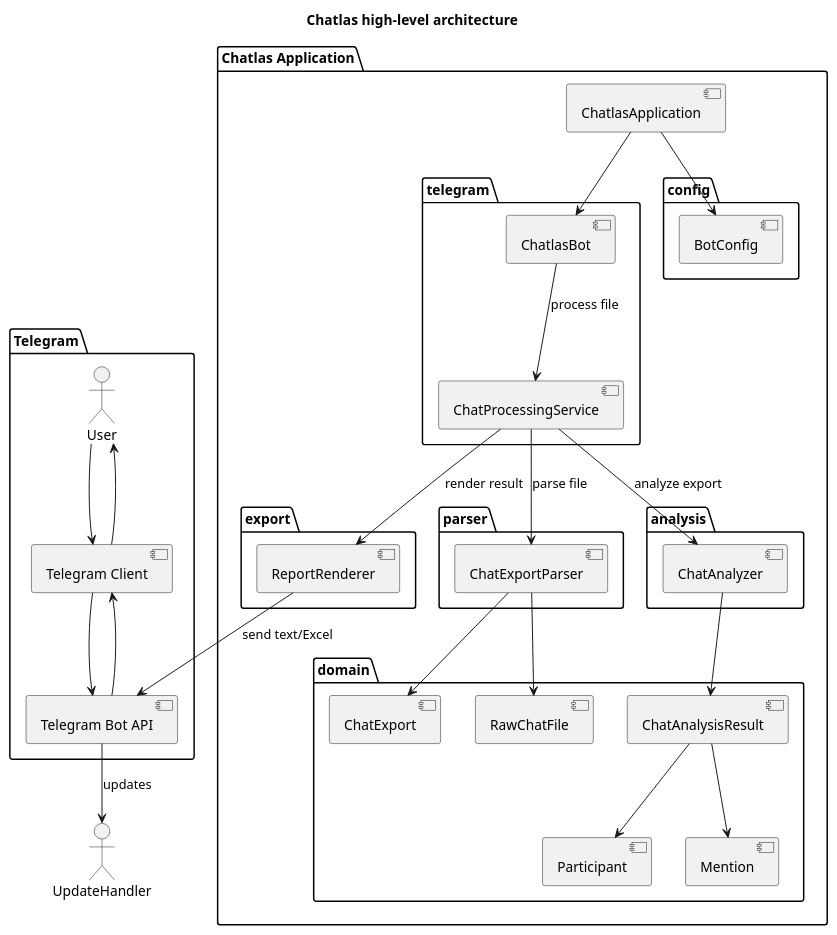
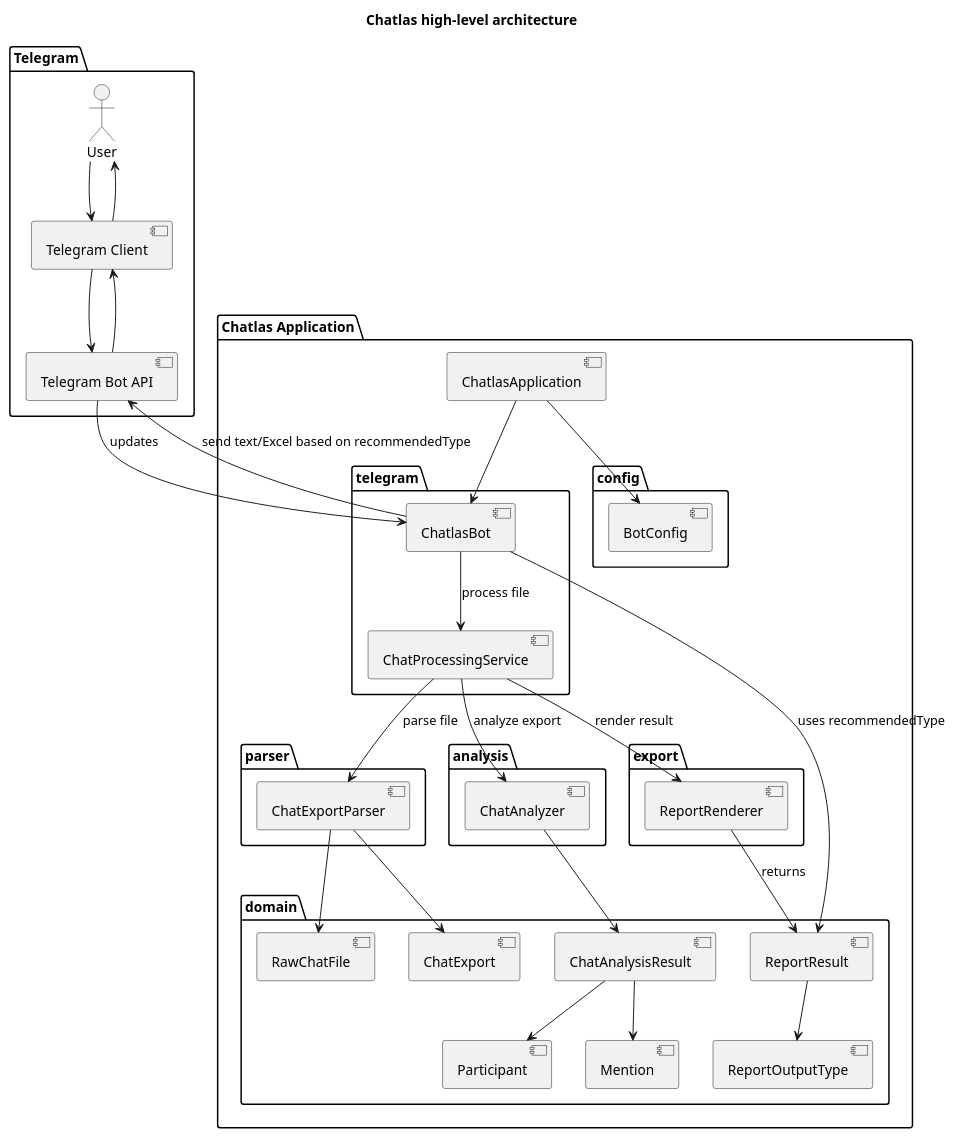
One commit to vspochernin/chatlas changed the diagram in docs/diagrams/architecture.puml. Above: the diagram before and after it, drawn with PlantUML. The commit also changed 5 other files, not shown here.

```diff
--- a/docs/diagrams/architecture.puml
+++ b/docs/diagrams/architecture.puml
@@ -1,66 +1,71 @@
 @startuml chatlas_architecture
 title Chatlas high-level architecture
 
 package "Telegram" {
   actor "User" as User
   [Telegram Client] as TgClient
   [Telegram Bot API] as TgAPI
 }
 
 package "Chatlas Application" {
   [ChatlasApplication] as App
 
   package "telegram" {
     [ChatlasBot] as Bot
     [ChatProcessingService] as ProcessingService
   }
 
   package "parser" {
     [ChatExportParser] as Parser
   }
 
   package "analysis" {
     [ChatAnalyzer] as Analyzer
   }
 
   package "export" {
     [ReportRenderer] as Renderer
   }
 
   package "domain" {
     [RawChatFile] as RawFile
     [ChatExport] as ChatExport
     [Participant] as Participant
     [Mention] as Mention
     [ChatAnalysisResult] as AnalysisResult
+    [ReportResult] as ReportResult
+    [ReportOutputType] as ReportOutputType
   }
 
   package "config" {
     [BotConfig] as BotConfig
   }
 }
 
 User --> TgClient
 TgClient --> TgAPI
-TgAPI --> UpdateHandler : updates
+TgAPI --> Bot : updates
 
 App --> BotConfig
 App --> Bot
 
 Bot --> ProcessingService : process file
 
 ProcessingService --> Parser : parse file
 Parser --> ChatExport
 Parser --> RawFile
 
 ProcessingService --> Analyzer : analyze export
 Analyzer --> AnalysisResult
 AnalysisResult --> Participant
 AnalysisResult --> Mention
 
 ProcessingService --> Renderer : render result
-Renderer --> TgAPI : send text/Excel
+Renderer --> ReportResult : returns
+ReportResult --> ReportOutputType
+Bot --> ReportResult : uses recommendedType
+Bot --> TgAPI : send text/Excel based on recommendedType
 TgAPI --> TgClient
 TgClient --> User
 
 @enduml
```
